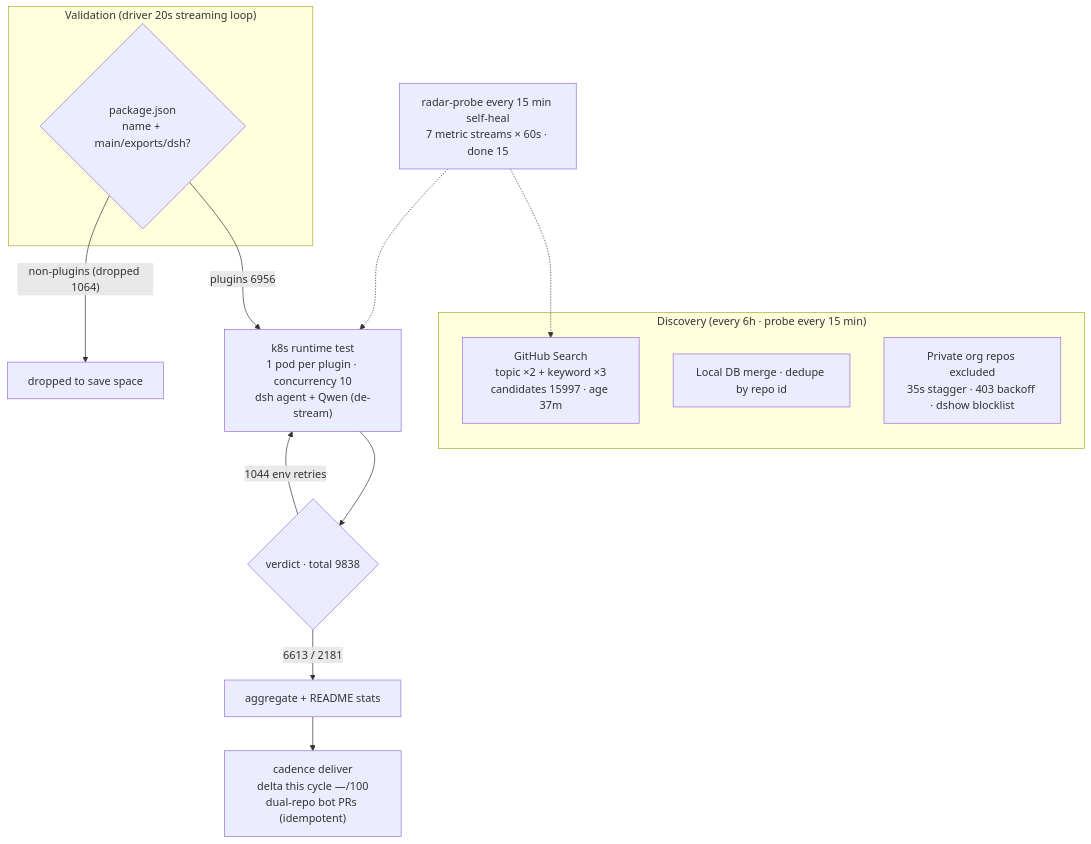
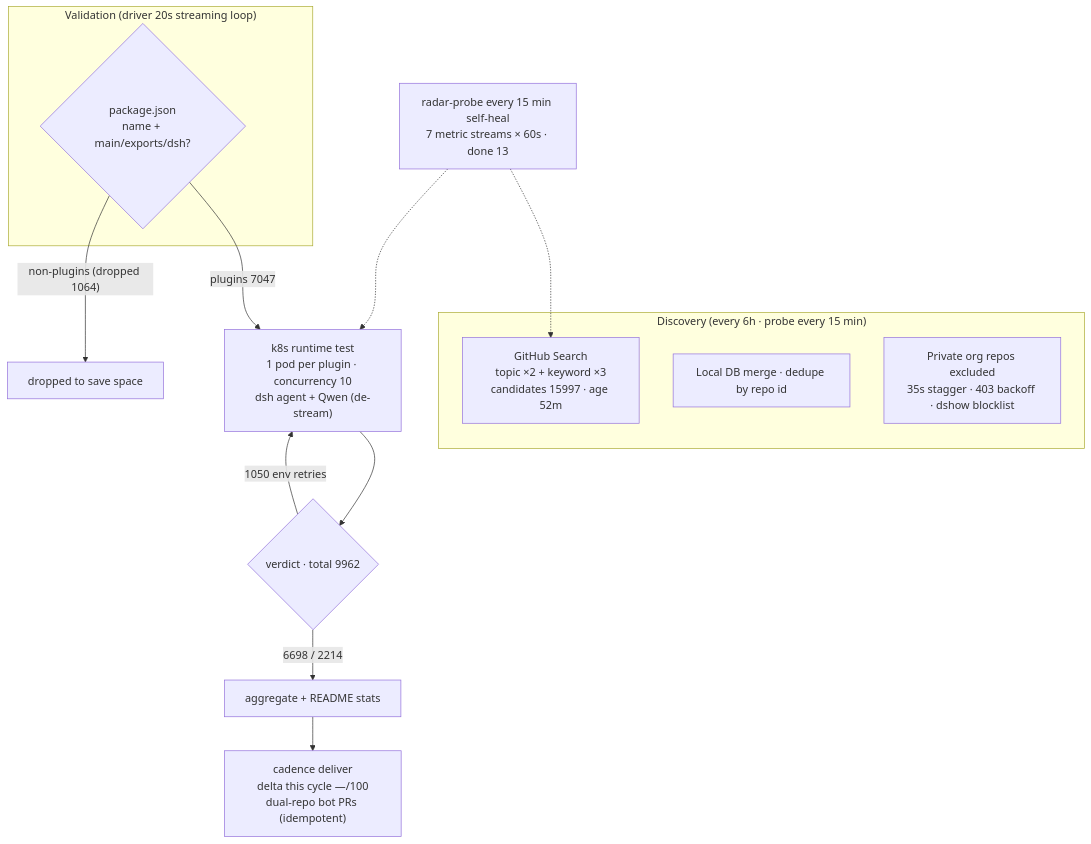
One commit to AdamPlatin123/awesome-dsh-plugins changed the diagram in README.en-US.md. Above: the diagram before and after it, drawn with Mermaid. The commit also changed other lines of this file and 4 other files, not shown here.

````diff
--- a/README.en-US.md
+++ b/README.en-US.md
@@ -30,20 +30,20 @@
 ```mermaid
 flowchart TB
     subgraph Discovery["Discovery (every 6h · probe every 15 min)"]
-        A1["GitHub Search<br/>topic ×2 + keyword ×3<br/>candidates 15997 · age 37m"]
+        A1["GitHub Search<br/>topic ×2 + keyword ×3<br/>candidates 15997 · age 52m"]
         A2["Local DB merge · dedupe by repo id"]
         A3["Private org repos excluded<br/>35s stagger · 403 backoff · dshow blocklist"]
     end
     subgraph Validation["Validation (driver 20s streaming loop)"]
         B1{"package.json<br/>name + main/exports/dsh?"}
     end
-    B1 -->|"plugins 6956"| C1["k8s runtime test<br/>1 pod per plugin · concurrency 10<br/>dsh agent + Qwen (de-stream)"]
+    B1 -->|"plugins 7047"| C1["k8s runtime test<br/>1 pod per plugin · concurrency 10<br/>dsh agent + Qwen (de-stream)"]
     B1 -->|"non-plugins (dropped 1064)"| B3["dropped to save space"]
-    C1 --> D1{"verdict · total 9838"}
-    D1 -->|"6613 / 2181"| E1["aggregate + README stats"]
-    D1 -->|"1044 env retries"| C1
+    C1 --> D1{"verdict · total 9962"}
+    D1 -->|"6698 / 2214"| E1["aggregate + README stats"]
+    D1 -->|"1050 env retries"| C1
     E1 --> E2["cadence deliver<br/>delta this cycle —/100<br/>dual-repo bot PRs (idempotent)"]
-    M["radar-probe every 15 min self-heal<br/>7 metric streams × 60s · done 15"]
+    M["radar-probe every 15 min self-heal<br/>7 metric streams × 60s · done 13"]
     M -.-> A1
     M -.-> C1
 ```
````
